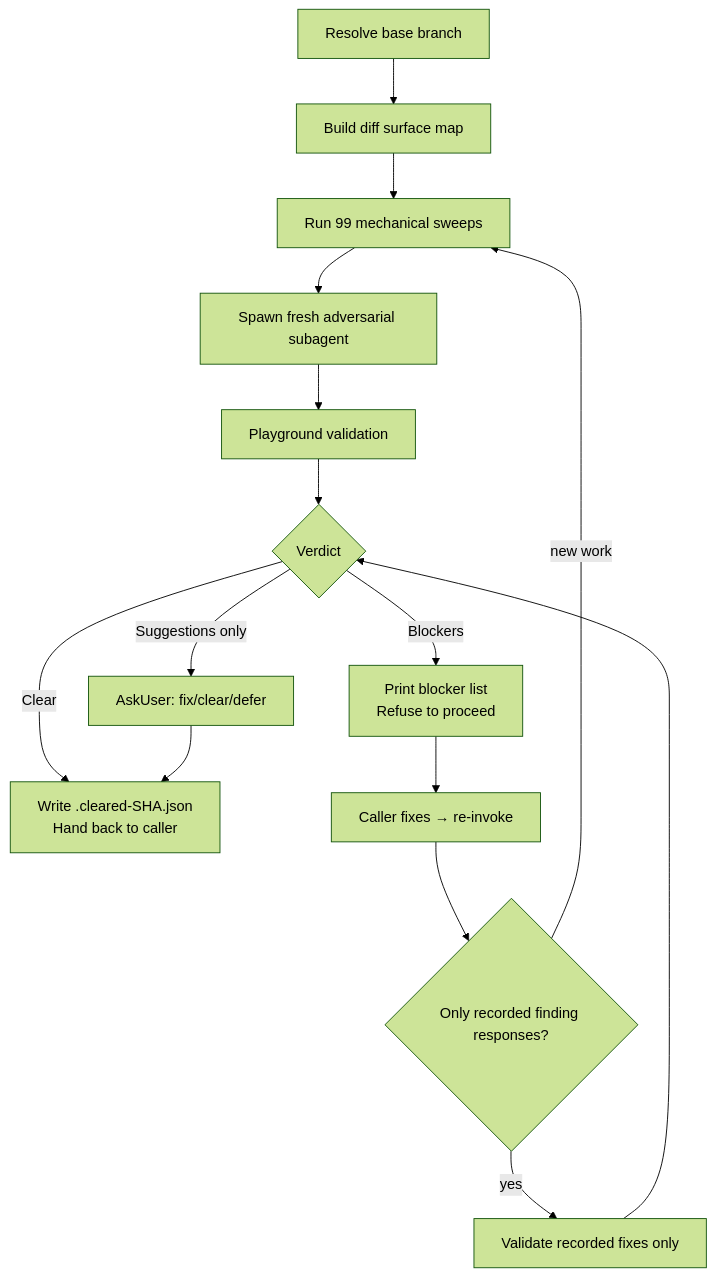
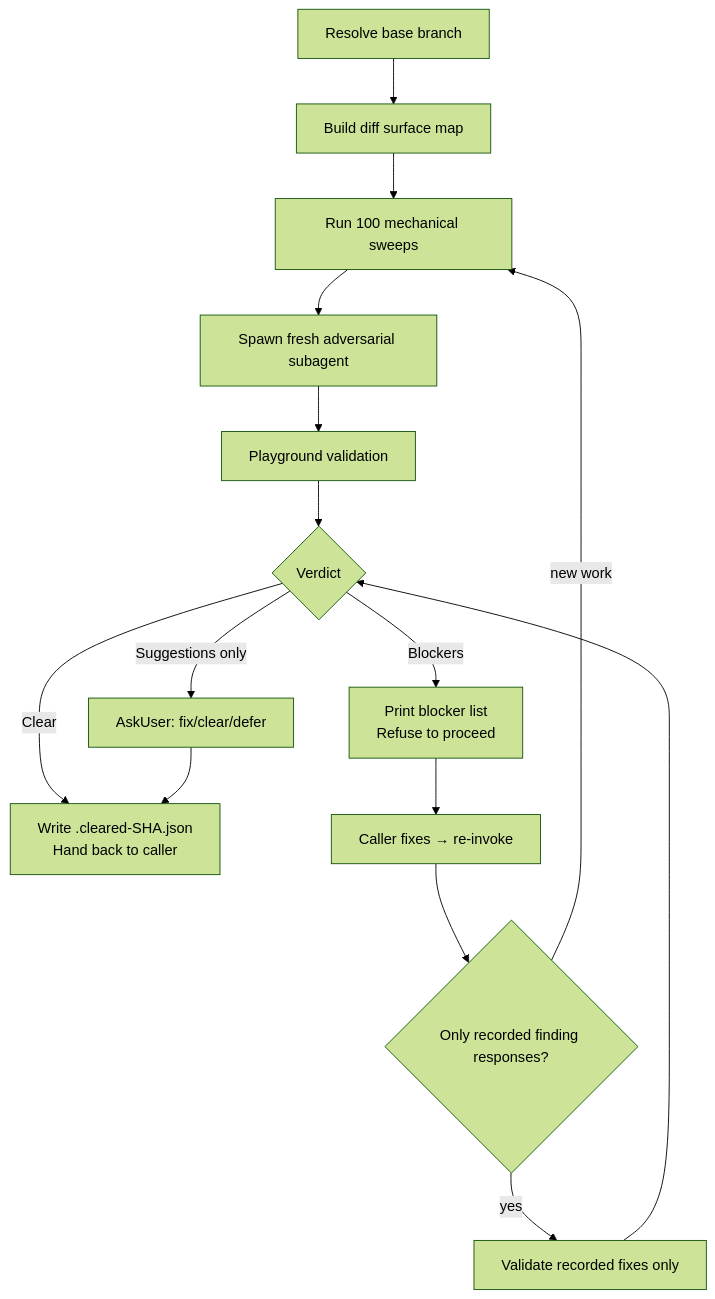
The diagram in skills/adversarial-review/README.md (whizzzkid/skills), drawn with Mermaid (forest theme) before and after one commit. The commit also changed other lines of this file and 3 other files, not shown here.

````diff
--- a/skills/adversarial-review/README.md
+++ b/skills/adversarial-review/README.md
@@ -16,17 +16,17 @@
 ```mermaid
 flowchart TD
     A[Resolve base branch] --> B[Build diff surface map]
-    B --> C[Run 99 mechanical sweeps]
+    B --> C[Run 100 mechanical sweeps]
     C --> D[Spawn fresh adversarial subagent]
     D --> E[Playground validation]
     E --> F{Verdict}
     F -->|Clear| G[Write .cleared-SHA.json<br/>Hand back to caller]
     F -->|Blockers| H[Print blocker list<br/>Refuse to proceed]
     F -->|Suggestions only| I[AskUser: fix/clear/defer]
     H --> J[Caller fixes → re-invoke]
     J --> K{Only recorded finding responses?}
     K -->|yes| V[Validate recorded fixes only]
     V --> F
     K -->|new work| C
     I --> G
 ```
````
